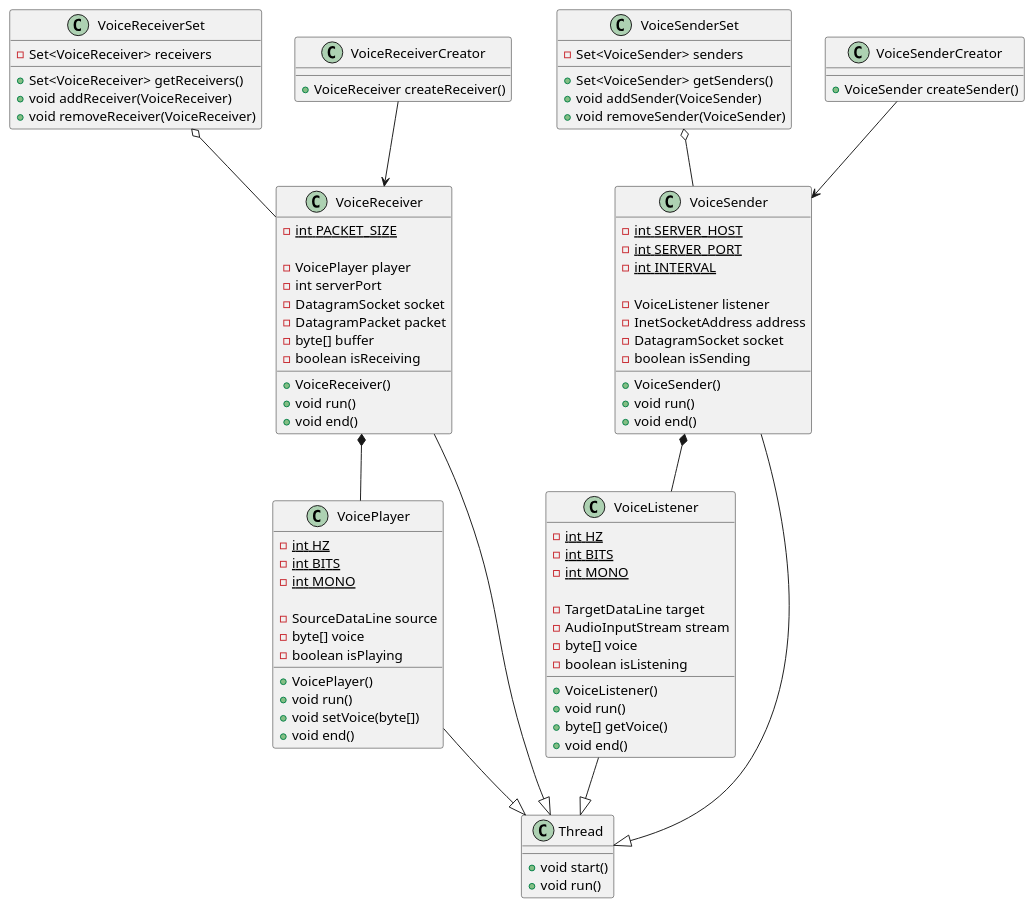
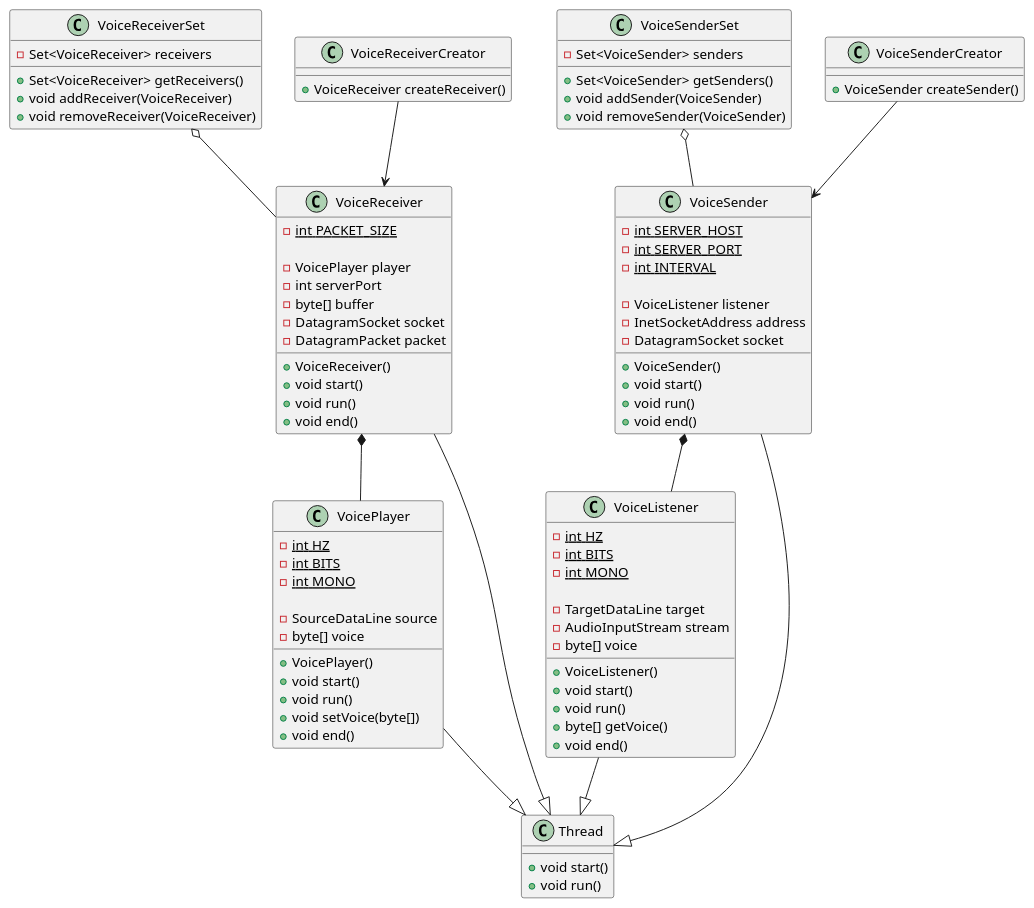
The diagram in diagram/classDiagram.puml (TOMOFUMI-KONDO/voice-transfer), drawn with PlantUML before and after one commit. The commit also changed 1 other file, not shown here.

Commit message:
Updated class diagram

```diff
--- a/diagram/classDiagram.puml
+++ b/diagram/classDiagram.puml
@@ -1,106 +1,106 @@
 @startuml
 
 class VoiceReceiverSet {
     - Set<VoiceReceiver> receivers
 
     + Set<VoiceReceiver> getReceivers()
     + void addReceiver(VoiceReceiver)
     + void removeReceiver(VoiceReceiver)
 }
 
 class VoiceReceiverCreator {
     + VoiceReceiver createReceiver()
 }
 
 class VoiceReceiver {
     - {static} int PACKET_SIZE
 
     - VoicePlayer player
     - int serverPort
+    - byte[] buffer
     - DatagramSocket socket
     - DatagramPacket packet
-    - byte[] buffer
-    - boolean isReceiving
 
     + VoiceReceiver()
+    + void start()
     + void run()
     + void end()
 }
 
 class VoicePlayer{
     - {static} int HZ
     - {static} int BITS
     - {static} int MONO
 
     - SourceDataLine source
     - byte[] voice
-    - boolean isPlaying
 
     + VoicePlayer()
+    + void start()
     + void run()
     + void setVoice(byte[])
     + void end()
 }
 
 class VoiceSenderSet {
     - Set<VoiceSender> senders
 
     + Set<VoiceSender> getSenders()
     + void addSender(VoiceSender)
     + void removeSender(VoiceSender)
 }
 
 class VoiceSenderCreator {
     + VoiceSender createSender()
 }
 
 class VoiceSender {
     - {static} int SERVER_HOST
     - {static} int SERVER_PORT
     - {static} int INTERVAL
 
     - VoiceListener listener
     - InetSocketAddress address
     - DatagramSocket socket
-    - boolean isSending
 
     + VoiceSender()
+    + void start()
     + void run()
     + void end()
 }
 
 class VoiceListener {
     - {static} int HZ
     - {static} int BITS
     - {static} int MONO
 
     - TargetDataLine target
     - AudioInputStream stream
     - byte[] voice
-    - boolean isListening
 
     + VoiceListener()
+    + void start()
     + void run()
     + byte[] getVoice()
     + void end()
 }
 
 class Thread {
      + void start()
      + void run()
 }
 
 
 VoiceReceiverSet o-- VoiceReceiver
 VoiceReceiverCreator --> VoiceReceiver
 VoiceReceiver --|> Thread
 VoiceReceiver *-- VoicePlayer
 VoicePlayer --|> Thread
 
 VoiceSenderSet o-- VoiceSender
 VoiceSenderCreator --> VoiceSender
 VoiceSender --|> Thread
 VoiceSender *-- VoiceListener
 VoiceListener --|> Thread
 
 @enduml
```
